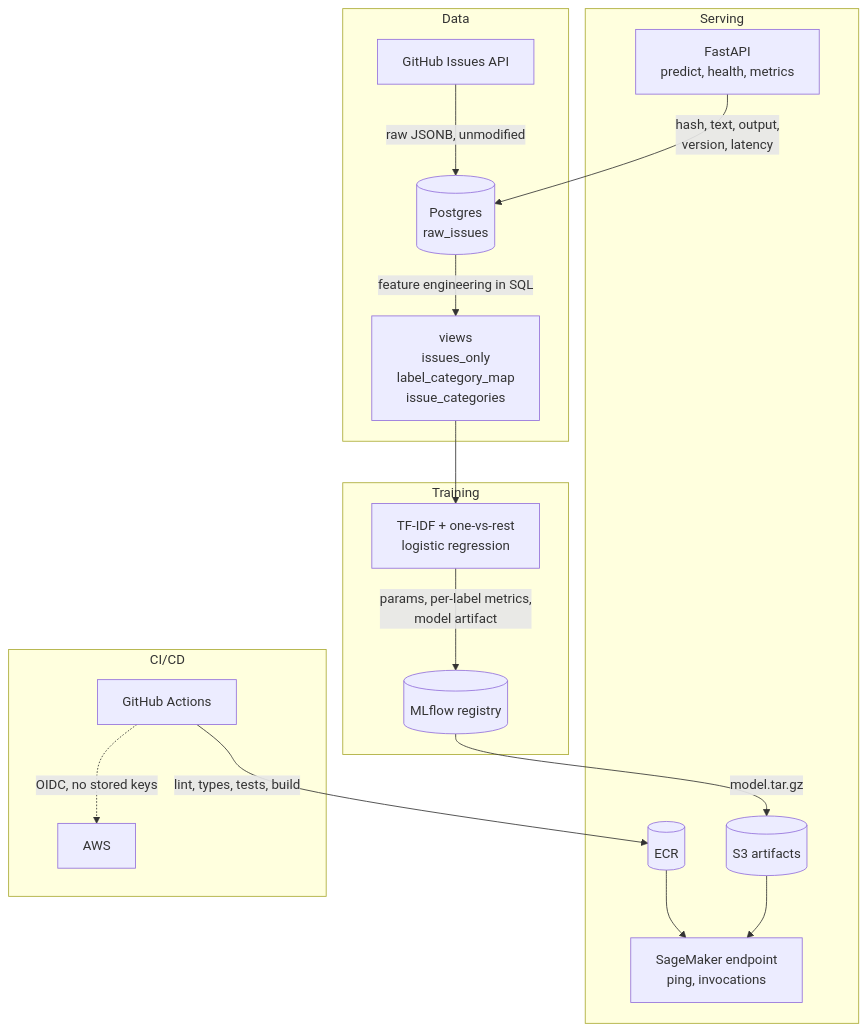
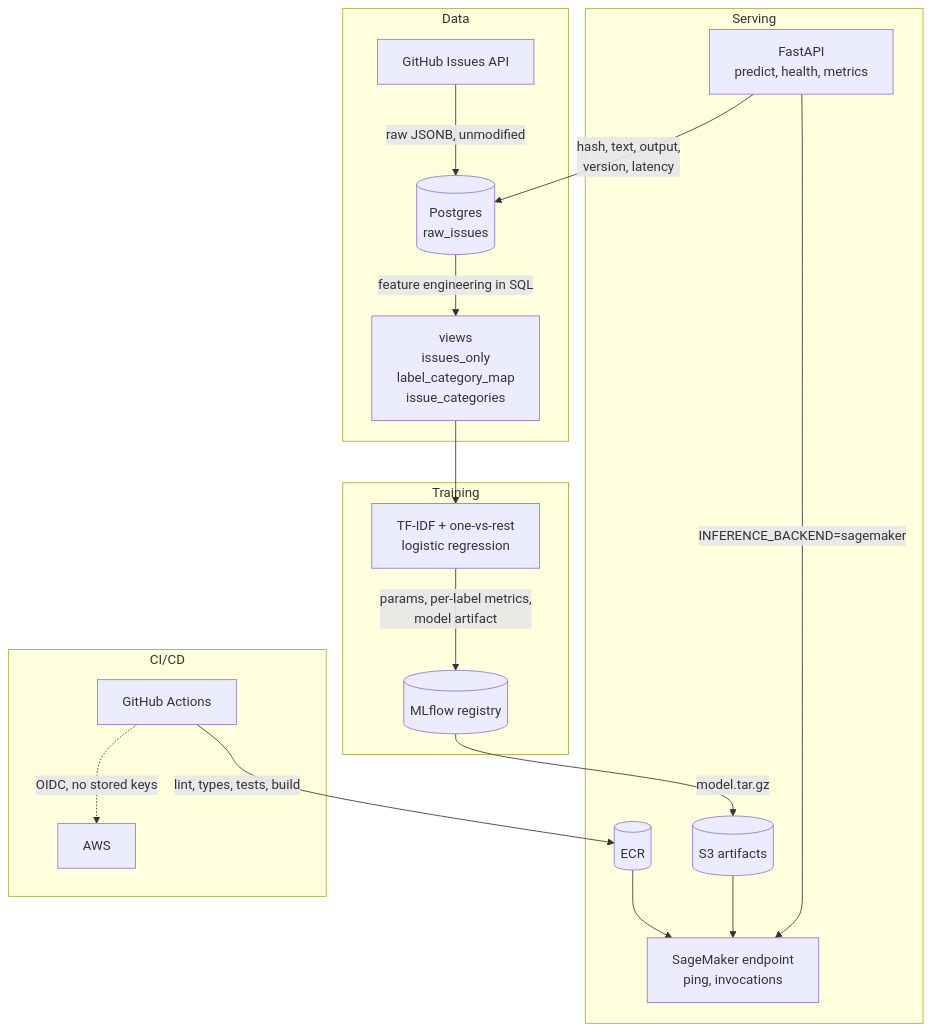
One commit to daria-dot/ticket-triage changed the diagram in README.md. Above: the diagram before and after it, drawn with Mermaid. The commit also changed other lines of this file, not shown here.

````diff
--- a/README.md
+++ b/README.md
@@ -23,24 +23,25 @@
 ```mermaid
 flowchart TB
     subgraph ingest ["Data"]
         GH["GitHub Issues API"] -->|"raw JSONB, unmodified"| PG[("Postgres<br/>raw_issues")]
         PG -->|"feature engineering in SQL"| V["views<br/>issues_only<br/>label_category_map<br/>issue_categories"]
     end
 
     subgraph train ["Training"]
         V --> T["TF-IDF + one-vs-rest<br/>logistic regression"]
         T -->|"params, per-label metrics,<br/>model artifact"| ML[("MLflow registry")]
     end
 
     subgraph serve ["Serving"]
         ML -->|"model.tar.gz"| S3[("S3 artifacts")]
         API["FastAPI<br/>predict, health, metrics"] -->|"hash, text, output,<br/>version, latency"| PG
-        S3 --> SM["SageMaker endpoint<br/>ping, invocations"]
+        API -->|"INFERENCE_BACKEND=sagemaker"| SM["SageMaker endpoint<br/>ping, invocations"]
+        S3 --> SM
         ECR[("ECR")] --> SM
     end
 
     subgraph ci ["CI/CD"]
         GHA["GitHub Actions"] -->|"lint, types, tests, build"| ECR
         GHA -.->|"OIDC, no stored keys"| AWS["AWS"]
     end
 ```
````
